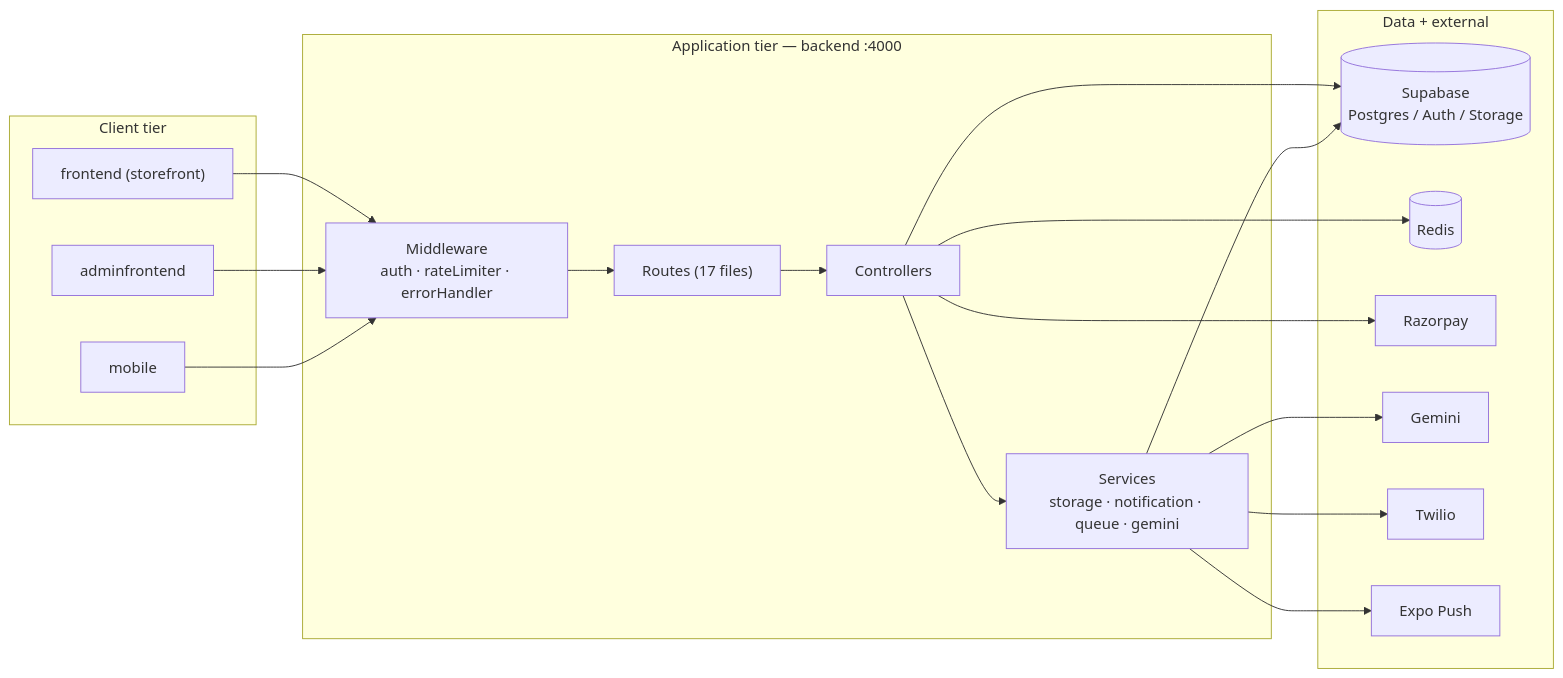
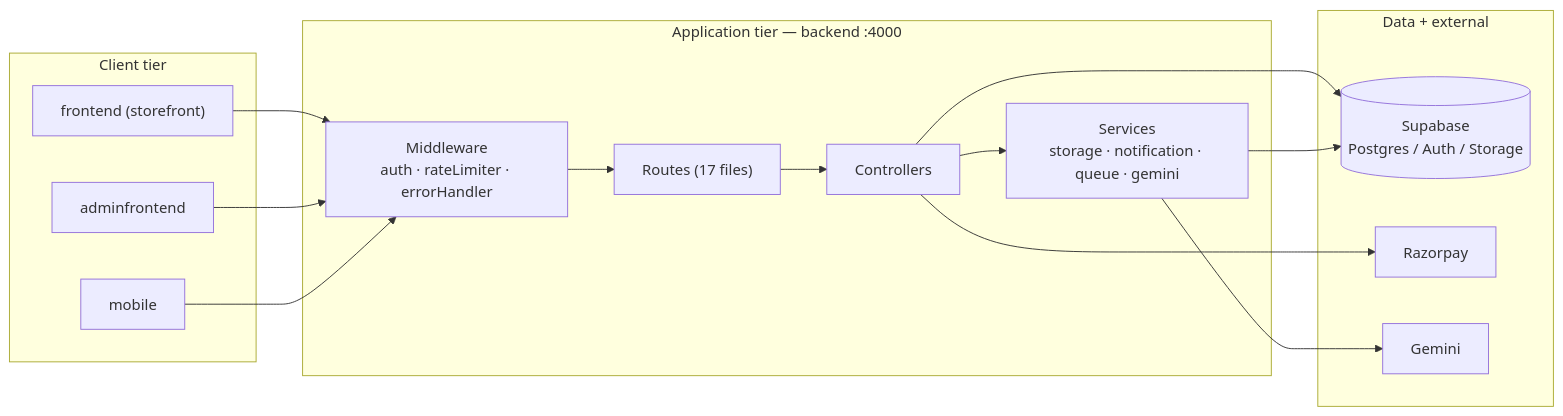
Before and after one commit to hari10031/E-commerce: the first of 4 diagrams in documentation/architecture.md, drawn with Mermaid. The commit also changed other lines of this file and 31 other files, not shown here.

````diff
--- a/documentation/architecture.md
+++ b/documentation/architecture.md
@@ -5,34 +5,28 @@
 ```mermaid
 graph LR
     subgraph "Client tier"
         FE["frontend (storefront)"]
         AF["adminfrontend"]
         MOB["mobile"]
     end
 
     subgraph "Application tier — backend :4000"
         MW["Middleware<br/>auth · rateLimiter · errorHandler"]
         RT["Routes (17 files)"]
         CTRL["Controllers"]
         SVC["Services<br/>storage · notification · queue · gemini"]
     end
 
     subgraph "Data + external"
         SB[("Supabase<br/>Postgres / Auth / Storage")]
-        RD[("Redis")]
         RZP["Razorpay"]
         GEM["Gemini"]
-        TW["Twilio"]
-        EXP["Expo Push"]
     end
 
     FE & AF & MOB --> MW --> RT --> CTRL
     CTRL --> SVC
     CTRL --> SB
-    CTRL --> RD
     SVC --> SB
     SVC --> GEM
-    SVC --> TW
-    SVC --> EXP
     CTRL --> RZP
 ```
````
